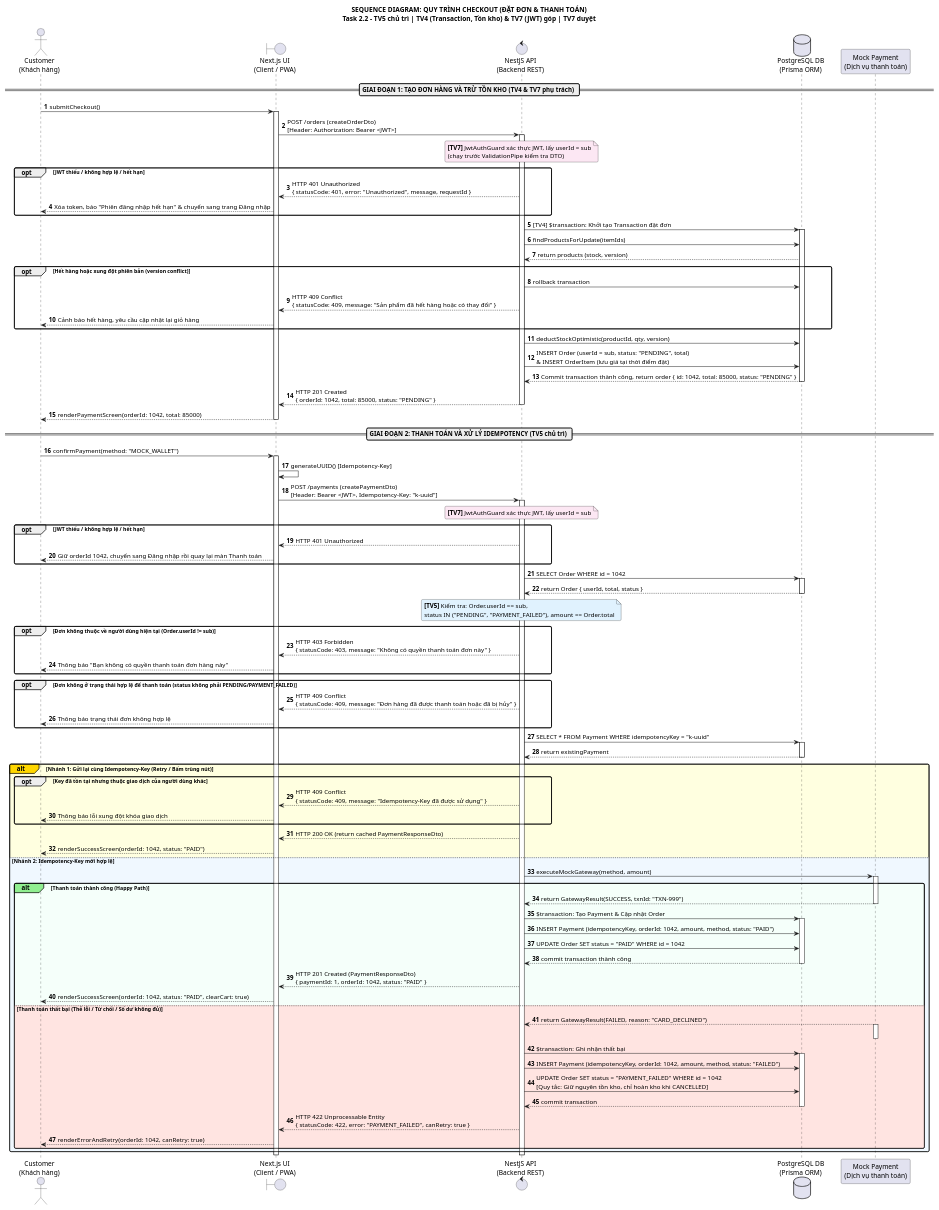
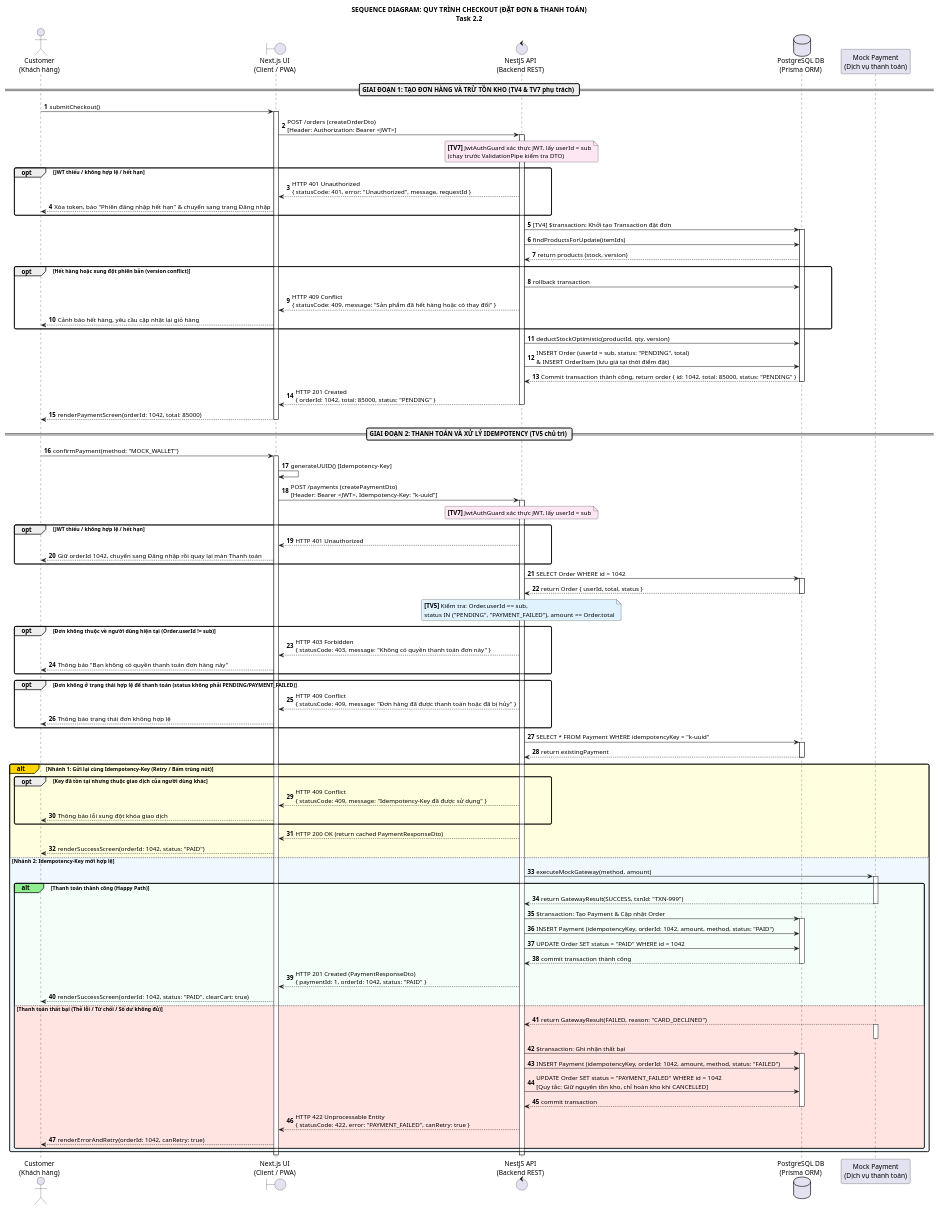
The diagram in docs/diagrams/sequence-checkout.puml (phuhoangcong333/brewlite-assignment2), drawn with PlantUML before and after one commit. The commit also changed 4 other files, not shown here.

```diff
--- a/docs/diagrams/sequence-checkout.puml
+++ b/docs/diagrams/sequence-checkout.puml
@@ -1,136 +1,136 @@
 @startuml sequence-checkout
 autonumber
 skinparam shadowing false
 skinparam defaultFontName Arial
 skinparam roundcorner 6
 skinparam ParticipantPadding 20
 skinparam BoxPadding 15
 
-title SEQUENCE DIAGRAM: QUY TRÌNH CHECKOUT (ĐẶT ĐƠN & THANH TOÁN)\nTask 2.2 - TV5 chủ trì | TV4 (Transaction, Tồn kho) & TV7 (JWT) góp | TV7 duyệt
+title SEQUENCE DIAGRAM: QUY TRÌNH CHECKOUT (ĐẶT ĐƠN & THANH TOÁN)\nTask 2.2 
 
 actor "Customer\n(Khách hàng)" as C
 boundary "Next.js UI\n(Client / PWA)" as UI
 control "NestJS API\n(Backend REST)" as API
 database "PostgreSQL DB\n(Prisma ORM)" as DB
 participant "Mock Payment\n(Dịch vụ thanh toán)" as PaySvc
 
 == GIAI ĐOẠN 1: TẠO ĐƠN HÀNG VÀ TRỪ TỒN KHO (TV4 & TV7 phụ trách) ==
 
 C -> UI: submitCheckout()
 activate UI
 UI -> API: POST /orders (createOrderDto)\n[Header: Authorization: Bearer <JWT>]
 activate API
 
 note over API #FCE7F3: **[TV7]** JwtAuthGuard xác thực JWT, lấy userId = sub\n(chạy trước ValidationPipe kiểm tra DTO)
 
 opt JWT thiếu / không hợp lệ / hết hạn
     UI <-- API: HTTP 401 Unauthorized\n{ statusCode: 401, error: "Unauthorized", message, requestId }
     C <-- UI: Xóa token, báo "Phiên đăng nhập hết hạn" & chuyển sang trang Đăng nhập
 end
 
 API -> DB: [TV4] $transaction: Khởi tạo Transaction đặt đơn
 activate DB
 API -> DB: findProductsForUpdate(itemIds)
 DB --> API: return products (stock, version)
 
 opt Hết hàng hoặc xung đột phiên bản (version conflict)
     API -> DB: rollback transaction
     UI <-- API: HTTP 409 Conflict\n{ statusCode: 409, message: "Sản phẩm đã hết hàng hoặc có thay đổi" }
     C <-- UI: Cảnh báo hết hàng, yêu cầu cập nhật lại giỏ hàng
 end
 
 API -> DB: deductStockOptimistic(productId, qty, version)
 API -> DB: INSERT Order (userId = sub, status: "PENDING", total)\n& INSERT OrderItem (lưu giá tại thời điểm đặt)
 DB --> API: Commit transaction thành công, return order { id: 1042, total: 85000, status: "PENDING" }
 deactivate DB
 
 UI <-- API: HTTP 201 Created\n{ orderId: 1042, total: 85000, status: "PENDING" }
 deactivate API
 C <-- UI: renderPaymentScreen(orderId: 1042, total: 85000)
 deactivate UI
 
 == GIAI ĐOẠN 2: THANH TOÁN VÀ XỬ LÝ IDEMPOTENCY (TV5 chủ trì) ==
 
 C -> UI: confirmPayment(method: "MOCK_WALLET")
 activate UI
 
 UI -> UI: generateUUID() [Idempotency-Key]
 UI -> API: POST /payments (createPaymentDto)\n[Header: Bearer <JWT>, Idempotency-Key: "k-uuid"]
 activate API
 
 note over API #FCE7F3: **[TV7]** JwtAuthGuard xác thực JWT, lấy userId = sub
 
 opt JWT thiếu / không hợp lệ / hết hạn
     UI <-- API: HTTP 401 Unauthorized
     C <-- UI: Giữ orderId 1042, chuyển sang Đăng nhập rồi quay lại màn Thanh toán
 end
 
 API -> DB: SELECT Order WHERE id = 1042
 activate DB
 DB --> API: return Order { userId, total, status }
 deactivate DB
 
 note over API #E0F2FE: **[TV5]** Kiểm tra: Order.userId == sub,\nstatus IN ("PENDING", "PAYMENT_FAILED"), amount == Order.total
 
 opt Đơn không thuộc về người dùng hiện tại (Order.userId != sub)
     UI <-- API: HTTP 403 Forbidden\n{ statusCode: 403, message: "Không có quyền thanh toán đơn này" }
     C <-- UI: Thông báo "Bạn không có quyền thanh toán đơn hàng này"
 end
 
 opt Đơn không ở trạng thái hợp lệ để thanh toán (status không phải PENDING/PAYMENT_FAILED)
     UI <-- API: HTTP 409 Conflict\n{ statusCode: 409, message: "Đơn hàng đã được thanh toán hoặc đã bị hủy" }
     C <-- UI: Thông báo trạng thái đơn không hợp lệ
 end
 
 API -> DB: SELECT * FROM Payment WHERE idempotencyKey = "k-uuid"
 activate DB
 DB --> API: return existingPayment
 deactivate DB
 
 alt#Gold #LightYellow Nhánh 1: Gửi lại cùng Idempotency-Key (Retry / Bấm trùng nút)
     opt Key đã tồn tại nhưng thuộc giao dịch của người dùng khác
         UI <-- API: HTTP 409 Conflict\n{ statusCode: 409, message: "Idempotency-Key đã được sử dụng" }
         C <-- UI: Thông báo lỗi xung đột khóa giao dịch
     end
 
     UI <-- API: HTTP 200 OK (return cached PaymentResponseDto)
     C <-- UI: renderSuccessScreen(orderId: 1042, status: "PAID")
 
 else #AliceBlue Nhánh 2: Idempotency-Key mới hợp lệ
     API -> PaySvc: executeMockGateway(method, amount)
     activate PaySvc
 
     alt#LightGreen #MintCream Thanh toán thành công (Happy Path)
         PaySvc --> API: return GatewayResult(SUCCESS, txnId: "TXN-999")
         deactivate PaySvc
 
         API -> DB: $transaction: Tạo Payment & Cập nhật Order
         activate DB
         API -> DB: INSERT Payment (idempotencyKey, orderId: 1042, amount, method, status: "PAID")
         API -> DB: UPDATE Order SET status = "PAID" WHERE id = 1042
         DB --> API: commit transaction thành công
         deactivate DB
 
         UI <-- API: HTTP 201 Created (PaymentResponseDto)\n{ paymentId: 1, orderId: 1042, status: "PAID" }
         C <-- UI: renderSuccessScreen(orderId: 1042, status: "PAID", clearCart: true)
 
     else #MistyRose Thanh toán thất bại (Thẻ lỗi / Từ chối / Số dư không đủ)
         PaySvc --> API: return GatewayResult(FAILED, reason: "CARD_DECLINED")
         activate PaySvc
         deactivate PaySvc
 
         API -> DB: $transaction: Ghi nhận thất bại
         activate DB
         API -> DB: INSERT Payment (idempotencyKey, orderId: 1042, amount, method, status: "FAILED")
         API -> DB: UPDATE Order SET status = "PAYMENT_FAILED" WHERE id = 1042\n[Quy tắc: Giữ nguyên tồn kho, chỉ hoàn kho khi CANCELLED]
         DB --> API: commit transaction
         deactivate DB
 
         UI <-- API: HTTP 422 Unprocessable Entity\n{ statusCode: 422, error: "PAYMENT_FAILED", canRetry: true }
         C <-- UI: renderErrorAndRetry(orderId: 1042, canRetry: true)
     end
 end
 
 deactivate API
 deactivate UI
 @enduml
```
